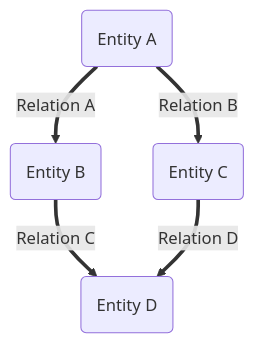
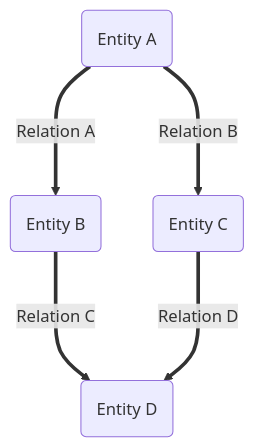
One commit to reactive-graph/reactive-graph changed the first of 4 diagrams in docs/inexor-rgf/src/About.md. Above: the diagram before and after it, drawn with Mermaid. The commit also changed other lines of this file and 36 other files, not shown here.

````diff
--- a/docs/inexor-rgf/src/About.md
+++ b/docs/inexor-rgf/src/About.md
@@ -18,7 +18,7 @@
 ```mermaid
 graph TD;
-    A(Entity A)==>|Relation A|B(Entity B);
-    A(Entity A)==>|Relation B|C(Entity C);
-    B(Entity B)==>|Relation C|D(Entity D);
-    C(Entity C)==>|Relation D|D(Entity D);
+    A(Entity A)===>|Relation A|B(Entity B);
+    A(Entity A)===>|Relation B|C(Entity C);
+    B(Entity B)===>|Relation C|D(Entity D);
+    C(Entity C)===>|Relation D|D(Entity D);
 ```
````
